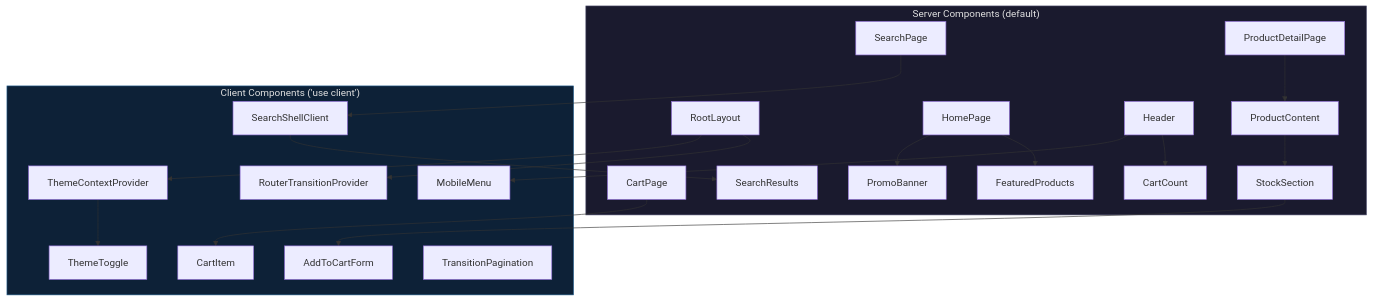
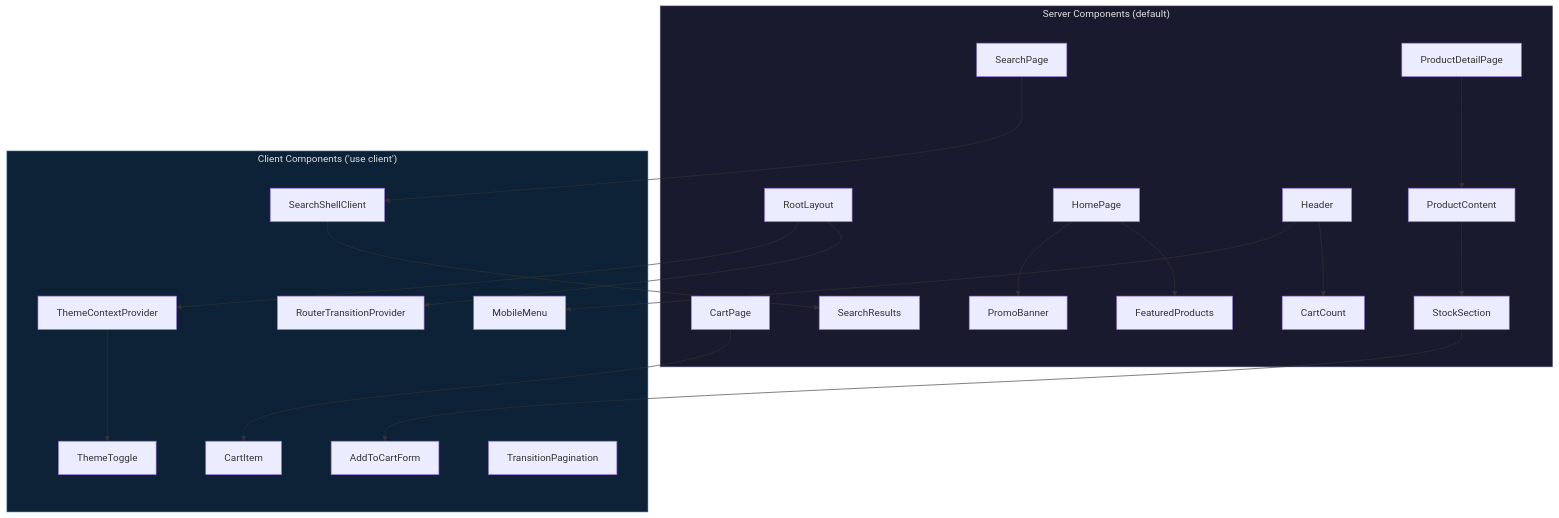
The first of 3 diagrams in ARCHITECTURE.md (Uhambi/vercel-swag-store), drawn with Mermaid before and after one commit. The commit also changed other lines of this file and 1 other file, not shown here.

````diff
--- a/ARCHITECTURE.md
+++ b/ARCHITECTURE.md
@@ -64,45 +66,46 @@
 ```mermaid
+%%{init: {'flowchart': {'nodeSpacing': 80, 'rankSpacing': 120}}}%%
 graph TB
     subgraph Server ["Server Components (default)"]
         Layout["RootLayout"]
         Home["HomePage"]
         Search["SearchPage"]
         Product["ProductDetailPage"]
         Cart["CartPage"]
         Header["Header"]
         FP["FeaturedProducts"]
         PB["PromoBanner"]
         SR["SearchResults"]
         PC["ProductContent"]
         SS["StockSection"]
         CC["CartCount"]
     end
 
     subgraph Client ["Client Components ('use client')"]
         RTP["RouterTransitionProvider"]
         TP["ThemeContextProvider"]
         TT["ThemeToggle"]
         SSC["SearchShellClient"]
         ATCF["AddToCartForm"]
         CI["CartItem"]
         MM["MobileMenu"]
         TPag["TransitionPagination"]
     end
 
     Layout --> RTP
     Layout --> TP
     TP --> TT
     Header --> CC
     Header --> MM
     Home --> FP
     Home --> PB
     Search --> SSC
     SSC --> SR
     Product --> PC
     PC --> SS
     SS --> ATCF
     Cart --> CI
 
     style Server fill:#1a1a2e,stroke:#4a4a6a,color:#e0e0e0
     style Client fill:#0d2137,stroke:#1e5a8a,color:#e0e0e0
 ```
````
